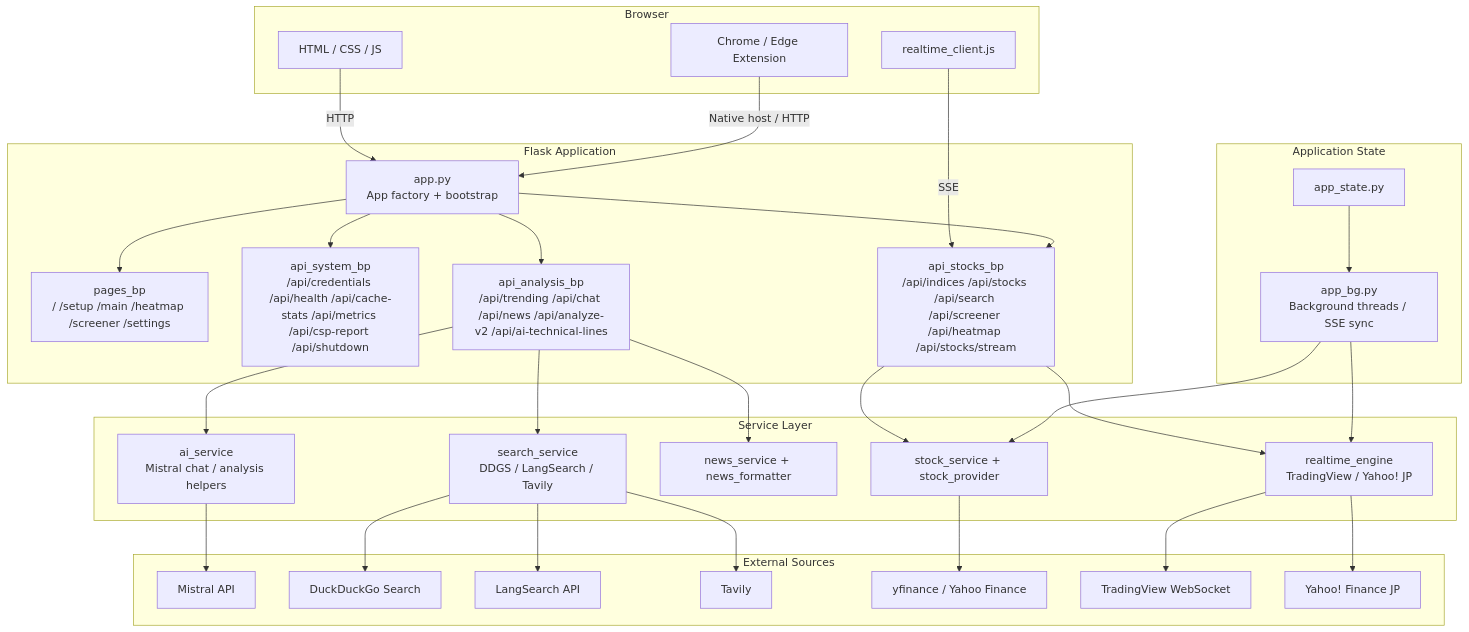
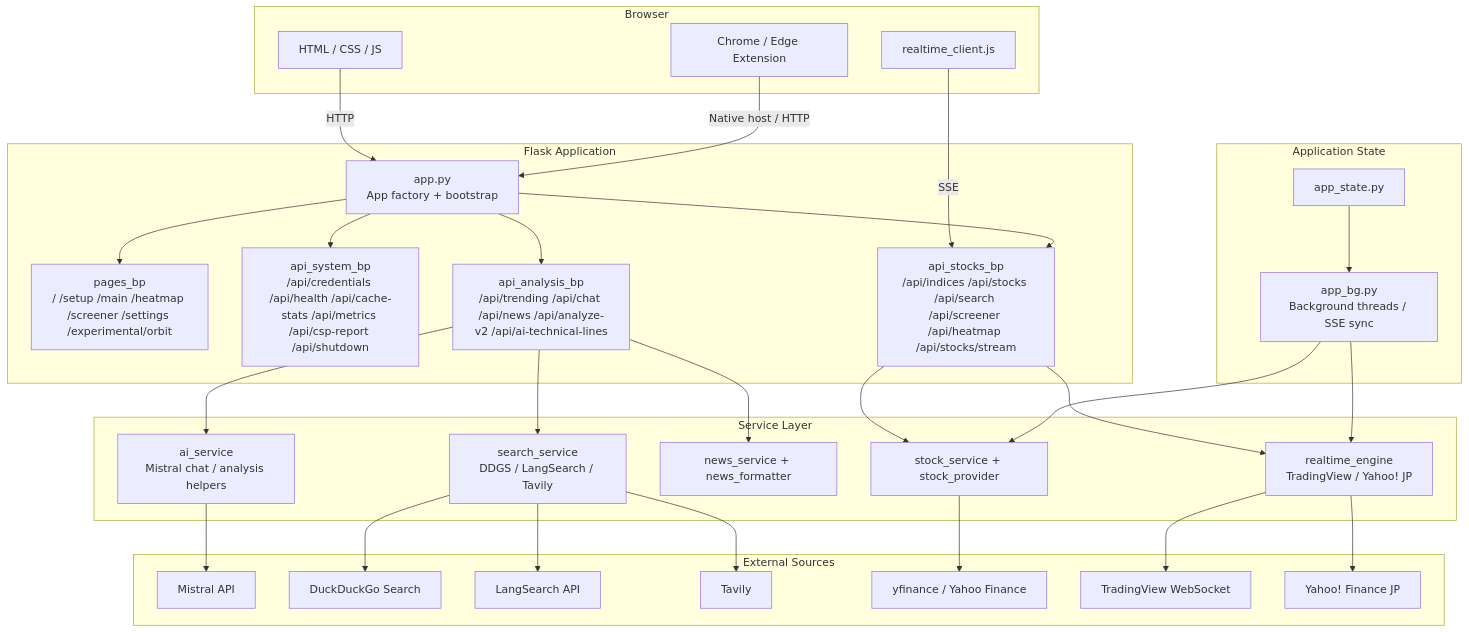
The first of 3 diagrams in docs/architecture.md (TopiTech/mistral_nex_stocks), drawn with Mermaid before and after one commit. The commit also changed other lines of this file and 33 other files, not shown here.

````diff
--- a/docs/architecture.md
+++ b/docs/architecture.md
@@ -5,65 +5,65 @@
 ```mermaid
 graph TB
     subgraph Browser["Browser"]
         UI[HTML / CSS / JS]
         EXT[Chrome / Edge Extension]
         RTC[realtime_client.js]
     end
 
     subgraph FlaskApp["Flask Application"]
         APP[app.py\nApp factory + bootstrap]
-        PAGES[pages_bp\n/ /setup /main /heatmap /screener /settings]
+        PAGES[pages_bp\n/ /setup /main /heatmap /screener /settings /experimental/orbit]
         SYS[api_system_bp\n/api/credentials /api/health /api/cache-stats /api/metrics /api/csp-report /api/shutdown]
         STOCKS[api_stocks_bp\n/api/indices /api/stocks /api/search /api/screener /api/heatmap /api/stocks/stream]
         ANALYSIS[api_analysis_bp\n/api/trending /api/chat /api/news /api/analyze-v2 /api/ai-technical-lines]
     end
 
     subgraph Services["Service Layer"]
         AI[ai_service\nMistral chat / analysis helpers]
         SEARCH[search_service\nDDGS / LangSearch / Tavily]
         NEWS[news_service + news_formatter]
         STOCK[stock_service + stock_provider]
         RT[realtime_engine\nTradingView / Yahoo! JP]
     end
 
     subgraph State["Application State"]
         AS[app_state.py]
         BG[app_bg.py\nBackground threads / SSE sync]
     end
 
     subgraph External["External Sources"]
         MISTRAL[Mistral API]
         DDGS[DuckDuckGo Search]
         LS[LangSearch API]
         TAVILY[Tavily]
         YF[yfinance / Yahoo Finance]
         TV[TradingView WebSocket]
         YJP[Yahoo! Finance JP]
     end
 
     UI -->|HTTP| APP
     RTC -->|SSE| STOCKS
     EXT -->|Native host / HTTP| APP
 
     APP --> PAGES
     APP --> SYS
     APP --> STOCKS
     APP --> ANALYSIS
 
     ANALYSIS --> AI
     ANALYSIS --> SEARCH
     ANALYSIS --> NEWS
     STOCKS --> STOCK
     STOCKS --> RT
     BG --> STOCK
     BG --> RT
     AS --> BG
 
     AI --> MISTRAL
     SEARCH --> DDGS
     SEARCH --> LS
     SEARCH --> TAVILY
     STOCK --> YF
     RT --> TV
     RT --> YJP
 ```
````
